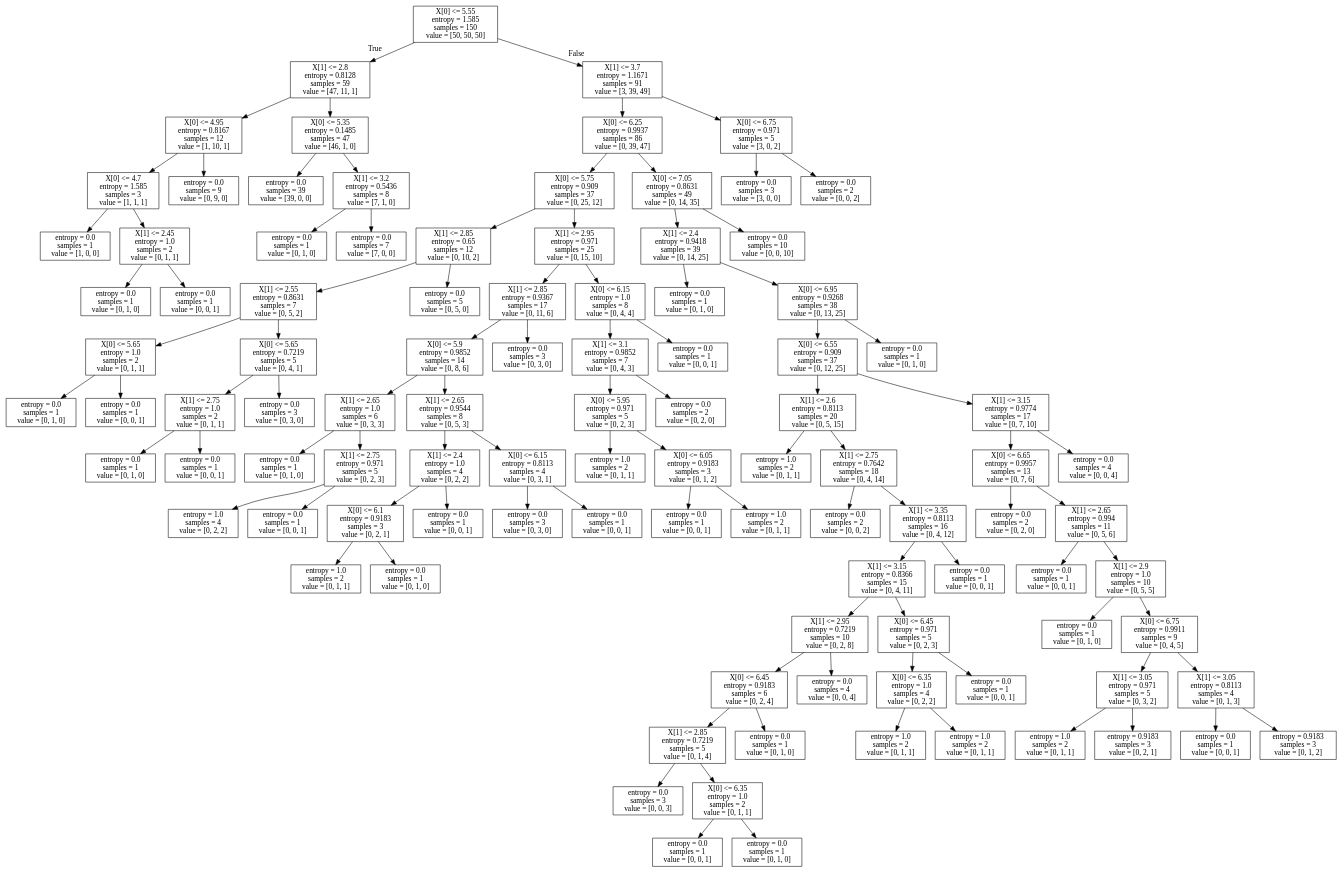
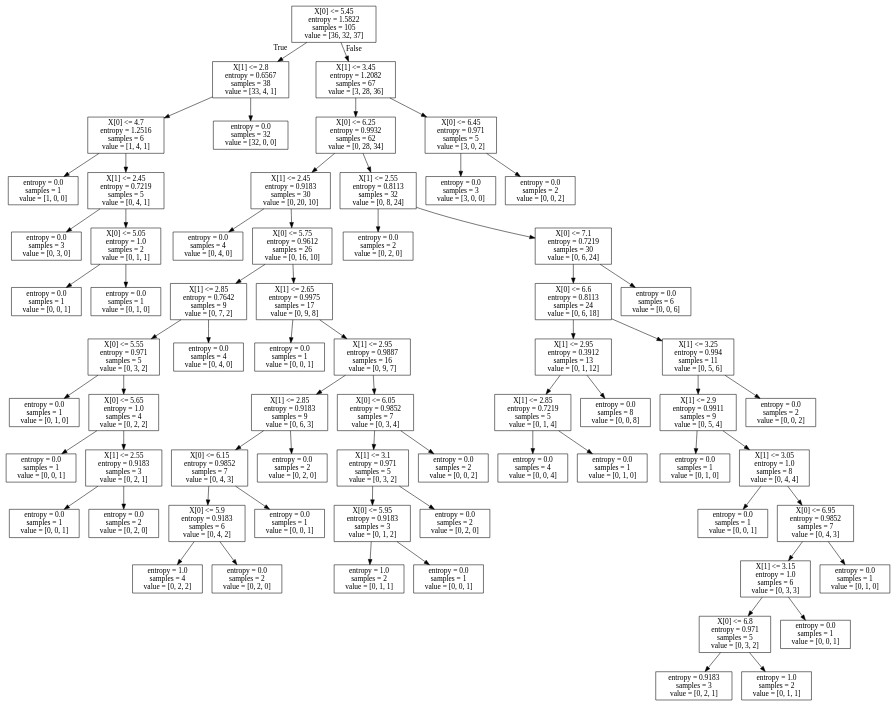
The diagram in src/decisiontree/iris.dot (myboyliu/MachineLearning), drawn with Graphviz before and after one commit. The commit also changed 11 other files, not shown here.

```diff
--- a/src/decisiontree/iris.dot
+++ b/src/decisiontree/iris.dot
@@ -1,204 +1,136 @@
 digraph Tree {
 node [shape=box] ;
-0 [label="X[0] <= 5.55\nentropy = 1.585\nsamples = 150\nvalue = [50, 50, 50]"] ;
-1 [label="X[1] <= 2.8\nentropy = 0.8128\nsamples = 59\nvalue = [47, 11, 1]"] ;
+0 [label="X[0] <= 5.45\nentropy = 1.5822\nsamples = 105\nvalue = [36, 32, 37]"] ;
+1 [label="X[1] <= 2.8\nentropy = 0.6567\nsamples = 38\nvalue = [33, 4, 1]"] ;
 0 -> 1 [labeldistance=2.5, labelangle=45, headlabel="True"] ;
-2 [label="X[0] <= 4.95\nentropy = 0.8167\nsamples = 12\nvalue = [1, 10, 1]"] ;
+2 [label="X[0] <= 4.7\nentropy = 1.2516\nsamples = 6\nvalue = [1, 4, 1]"] ;
 1 -> 2 ;
-3 [label="X[0] <= 4.7\nentropy = 1.585\nsamples = 3\nvalue = [1, 1, 1]"] ;
+3 [label="entropy = 0.0\nsamples = 1\nvalue = [1, 0, 0]"] ;
 2 -> 3 ;
-4 [label="entropy = 0.0\nsamples = 1\nvalue = [1, 0, 0]"] ;
-3 -> 4 ;
-5 [label="X[1] <= 2.45\nentropy = 1.0\nsamples = 2\nvalue = [0, 1, 1]"] ;
-3 -> 5 ;
-6 [label="entropy = 0.0\nsamples = 1\nvalue = [0, 1, 0]"] ;
-5 -> 6 ;
+4 [label="X[1] <= 2.45\nentropy = 0.7219\nsamples = 5\nvalue = [0, 4, 1]"] ;
+2 -> 4 ;
+5 [label="entropy = 0.0\nsamples = 3\nvalue = [0, 3, 0]"] ;
+4 -> 5 ;
+6 [label="X[0] <= 5.05\nentropy = 1.0\nsamples = 2\nvalue = [0, 1, 1]"] ;
+4 -> 6 ;
 7 [label="entropy = 0.0\nsamples = 1\nvalue = [0, 0, 1]"] ;
-5 -> 7 ;
-8 [label="entropy = 0.0\nsamples = 9\nvalue = [0, 9, 0]"] ;
-2 -> 8 ;
-9 [label="X[0] <= 5.35\nentropy = 0.1485\nsamples = 47\nvalue = [46, 1, 0]"] ;
+6 -> 7 ;
+8 [label="entropy = 0.0\nsamples = 1\nvalue = [0, 1, 0]"] ;
+6 -> 8 ;
+9 [label="entropy = 0.0\nsamples = 32\nvalue = [32, 0, 0]"] ;
 1 -> 9 ;
-10 [label="entropy = 0.0\nsamples = 39\nvalue = [39, 0, 0]"] ;
-9 -> 10 ;
-11 [label="X[1] <= 3.2\nentropy = 0.5436\nsamples = 8\nvalue = [7, 1, 0]"] ;
-9 -> 11 ;
-12 [label="entropy = 0.0\nsamples = 1\nvalue = [0, 1, 0]"] ;
+10 [label="X[1] <= 3.45\nentropy = 1.2082\nsamples = 67\nvalue = [3, 28, 36]"] ;
+0 -> 10 [labeldistance=2.5, labelangle=-45, headlabel="False"] ;
+11 [label="X[0] <= 6.25\nentropy = 0.9932\nsamples = 62\nvalue = [0, 28, 34]"] ;
+10 -> 11 ;
+12 [label="X[1] <= 2.45\nentropy = 0.9183\nsamples = 30\nvalue = [0, 20, 10]"] ;
 11 -> 12 ;
-13 [label="entropy = 0.0\nsamples = 7\nvalue = [7, 0, 0]"] ;
-11 -> 13 ;
-14 [label="X[1] <= 3.7\nentropy = 1.1671\nsamples = 91\nvalue = [3, 39, 49]"] ;
-0 -> 14 [labeldistance=2.5, labelangle=-45, headlabel="False"] ;
-15 [label="X[0] <= 6.25\nentropy = 0.9937\nsamples = 86\nvalue = [0, 39, 47]"] ;
+13 [label="entropy = 0.0\nsamples = 4\nvalue = [0, 4, 0]"] ;
+12 -> 13 ;
+14 [label="X[0] <= 5.75\nentropy = 0.9612\nsamples = 26\nvalue = [0, 16, 10]"] ;
+12 -> 14 ;
+15 [label="X[1] <= 2.85\nentropy = 0.7642\nsamples = 9\nvalue = [0, 7, 2]"] ;
 14 -> 15 ;
-16 [label="X[0] <= 5.75\nentropy = 0.909\nsamples = 37\nvalue = [0, 25, 12]"] ;
+16 [label="X[0] <= 5.55\nentropy = 0.971\nsamples = 5\nvalue = [0, 3, 2]"] ;
 15 -> 16 ;
-17 [label="X[1] <= 2.85\nentropy = 0.65\nsamples = 12\nvalue = [0, 10, 2]"] ;
+17 [label="entropy = 0.0\nsamples = 1\nvalue = [0, 1, 0]"] ;
 16 -> 17 ;
-18 [label="X[1] <= 2.55\nentropy = 0.8631\nsamples = 7\nvalue = [0, 5, 2]"] ;
-17 -> 18 ;
-19 [label="X[0] <= 5.65\nentropy = 1.0\nsamples = 2\nvalue = [0, 1, 1]"] ;
+18 [label="X[0] <= 5.65\nentropy = 1.0\nsamples = 4\nvalue = [0, 2, 2]"] ;
+16 -> 18 ;
+19 [label="entropy = 0.0\nsamples = 1\nvalue = [0, 0, 1]"] ;
 18 -> 19 ;
-20 [label="entropy = 0.0\nsamples = 1\nvalue = [0, 1, 0]"] ;
-19 -> 20 ;
+20 [label="X[1] <= 2.55\nentropy = 0.9183\nsamples = 3\nvalue = [0, 2, 1]"] ;
+18 -> 20 ;
 21 [label="entropy = 0.0\nsamples = 1\nvalue = [0, 0, 1]"] ;
-19 -> 21 ;
-22 [label="X[0] <= 5.65\nentropy = 0.7219\nsamples = 5\nvalue = [0, 4, 1]"] ;
-18 -> 22 ;
-23 [label="X[1] <= 2.75\nentropy = 1.0\nsamples = 2\nvalue = [0, 1, 1]"] ;
-22 -> 23 ;
-24 [label="entropy = 0.0\nsamples = 1\nvalue = [0, 1, 0]"] ;
-23 -> 24 ;
+20 -> 21 ;
+22 [label="entropy = 0.0\nsamples = 2\nvalue = [0, 2, 0]"] ;
+20 -> 22 ;
+23 [label="entropy = 0.0\nsamples = 4\nvalue = [0, 4, 0]"] ;
+15 -> 23 ;
+24 [label="X[1] <= 2.65\nentropy = 0.9975\nsamples = 17\nvalue = [0, 9, 8]"] ;
+14 -> 24 ;
 25 [label="entropy = 0.0\nsamples = 1\nvalue = [0, 0, 1]"] ;
-23 -> 25 ;
-26 [label="entropy = 0.0\nsamples = 3\nvalue = [0, 3, 0]"] ;
-22 -> 26 ;
-27 [label="entropy = 0.0\nsamples = 5\nvalue = [0, 5, 0]"] ;
-17 -> 27 ;
-28 [label="X[1] <= 2.95\nentropy = 0.971\nsamples = 25\nvalue = [0, 15, 10]"] ;
-16 -> 28 ;
-29 [label="X[1] <= 2.85\nentropy = 0.9367\nsamples = 17\nvalue = [0, 11, 6]"] ;
+24 -> 25 ;
+26 [label="X[1] <= 2.95\nentropy = 0.9887\nsamples = 16\nvalue = [0, 9, 7]"] ;
+24 -> 26 ;
+27 [label="X[1] <= 2.85\nentropy = 0.9183\nsamples = 9\nvalue = [0, 6, 3]"] ;
+26 -> 27 ;
+28 [label="X[0] <= 6.15\nentropy = 0.9852\nsamples = 7\nvalue = [0, 4, 3]"] ;
+27 -> 28 ;
+29 [label="X[0] <= 5.9\nentropy = 0.9183\nsamples = 6\nvalue = [0, 4, 2]"] ;
 28 -> 29 ;
-30 [label="X[0] <= 5.9\nentropy = 0.9852\nsamples = 14\nvalue = [0, 8, 6]"] ;
+30 [label="entropy = 1.0\nsamples = 4\nvalue = [0, 2, 2]"] ;
 29 -> 30 ;
-31 [label="X[1] <= 2.65\nentropy = 1.0\nsamples = 6\nvalue = [0, 3, 3]"] ;
-30 -> 31 ;
-32 [label="entropy = 0.0\nsamples = 1\nvalue = [0, 1, 0]"] ;
-31 -> 32 ;
-33 [label="X[1] <= 2.75\nentropy = 0.971\nsamples = 5\nvalue = [0, 2, 3]"] ;
-31 -> 33 ;
-34 [label="entropy = 1.0\nsamples = 4\nvalue = [0, 2, 2]"] ;
-33 -> 34 ;
-35 [label="entropy = 0.0\nsamples = 1\nvalue = [0, 0, 1]"] ;
-33 -> 35 ;
-36 [label="X[1] <= 2.65\nentropy = 0.9544\nsamples = 8\nvalue = [0, 5, 3]"] ;
-30 -> 36 ;
-37 [label="X[1] <= 2.4\nentropy = 1.0\nsamples = 4\nvalue = [0, 2, 2]"] ;
+31 [label="entropy = 0.0\nsamples = 2\nvalue = [0, 2, 0]"] ;
+29 -> 31 ;
+32 [label="entropy = 0.0\nsamples = 1\nvalue = [0, 0, 1]"] ;
+28 -> 32 ;
+33 [label="entropy = 0.0\nsamples = 2\nvalue = [0, 2, 0]"] ;
+27 -> 33 ;
+34 [label="X[0] <= 6.05\nentropy = 0.9852\nsamples = 7\nvalue = [0, 3, 4]"] ;
+26 -> 34 ;
+35 [label="X[1] <= 3.1\nentropy = 0.971\nsamples = 5\nvalue = [0, 3, 2]"] ;
+34 -> 35 ;
+36 [label="X[0] <= 5.95\nentropy = 0.9183\nsamples = 3\nvalue = [0, 1, 2]"] ;
+35 -> 36 ;
+37 [label="entropy = 1.0\nsamples = 2\nvalue = [0, 1, 1]"] ;
 36 -> 37 ;
-38 [label="X[0] <= 6.1\nentropy = 0.9183\nsamples = 3\nvalue = [0, 2, 1]"] ;
-37 -> 38 ;
-39 [label="entropy = 1.0\nsamples = 2\nvalue = [0, 1, 1]"] ;
-38 -> 39 ;
-40 [label="entropy = 0.0\nsamples = 1\nvalue = [0, 1, 0]"] ;
-38 -> 40 ;
-41 [label="entropy = 0.0\nsamples = 1\nvalue = [0, 0, 1]"] ;
-37 -> 41 ;
-42 [label="X[0] <= 6.15\nentropy = 0.8113\nsamples = 4\nvalue = [0, 3, 1]"] ;
-36 -> 42 ;
-43 [label="entropy = 0.0\nsamples = 3\nvalue = [0, 3, 0]"] ;
-42 -> 43 ;
-44 [label="entropy = 0.0\nsamples = 1\nvalue = [0, 0, 1]"] ;
-42 -> 44 ;
-45 [label="entropy = 0.0\nsamples = 3\nvalue = [0, 3, 0]"] ;
-29 -> 45 ;
-46 [label="X[0] <= 6.15\nentropy = 1.0\nsamples = 8\nvalue = [0, 4, 4]"] ;
-28 -> 46 ;
-47 [label="X[1] <= 3.1\nentropy = 0.9852\nsamples = 7\nvalue = [0, 4, 3]"] ;
+38 [label="entropy = 0.0\nsamples = 1\nvalue = [0, 0, 1]"] ;
+36 -> 38 ;
+39 [label="entropy = 0.0\nsamples = 2\nvalue = [0, 2, 0]"] ;
+35 -> 39 ;
+40 [label="entropy = 0.0\nsamples = 2\nvalue = [0, 0, 2]"] ;
+34 -> 40 ;
+41 [label="X[1] <= 2.55\nentropy = 0.8113\nsamples = 32\nvalue = [0, 8, 24]"] ;
+11 -> 41 ;
+42 [label="entropy = 0.0\nsamples = 2\nvalue = [0, 2, 0]"] ;
+41 -> 42 ;
+43 [label="X[0] <= 7.1\nentropy = 0.7219\nsamples = 30\nvalue = [0, 6, 24]"] ;
+41 -> 43 ;
+44 [label="X[0] <= 6.6\nentropy = 0.8113\nsamples = 24\nvalue = [0, 6, 18]"] ;
+43 -> 44 ;
+45 [label="X[1] <= 2.95\nentropy = 0.3912\nsamples = 13\nvalue = [0, 1, 12]"] ;
+44 -> 45 ;
+46 [label="X[1] <= 2.85\nentropy = 0.7219\nsamples = 5\nvalue = [0, 1, 4]"] ;
+45 -> 46 ;
+47 [label="entropy = 0.0\nsamples = 4\nvalue = [0, 0, 4]"] ;
 46 -> 47 ;
-48 [label="X[0] <= 5.95\nentropy = 0.971\nsamples = 5\nvalue = [0, 2, 3]"] ;
-47 -> 48 ;
-49 [label="entropy = 1.0\nsamples = 2\nvalue = [0, 1, 1]"] ;
-48 -> 49 ;
-50 [label="X[0] <= 6.05\nentropy = 0.9183\nsamples = 3\nvalue = [0, 1, 2]"] ;
-48 -> 50 ;
-51 [label="entropy = 0.0\nsamples = 1\nvalue = [0, 0, 1]"] ;
+48 [label="entropy = 0.0\nsamples = 1\nvalue = [0, 1, 0]"] ;
+46 -> 48 ;
+49 [label="entropy = 0.0\nsamples = 8\nvalue = [0, 0, 8]"] ;
+45 -> 49 ;
+50 [label="X[1] <= 3.25\nentropy = 0.994\nsamples = 11\nvalue = [0, 5, 6]"] ;
+44 -> 50 ;
+51 [label="X[1] <= 2.9\nentropy = 0.9911\nsamples = 9\nvalue = [0, 5, 4]"] ;
 50 -> 51 ;
-52 [label="entropy = 1.0\nsamples = 2\nvalue = [0, 1, 1]"] ;
-50 -> 52 ;
-53 [label="entropy = 0.0\nsamples = 2\nvalue = [0, 2, 0]"] ;
-47 -> 53 ;
+52 [label="entropy = 0.0\nsamples = 1\nvalue = [0, 1, 0]"] ;
+51 -> 52 ;
+53 [label="X[1] <= 3.05\nentropy = 1.0\nsamples = 8\nvalue = [0, 4, 4]"] ;
+51 -> 53 ;
 54 [label="entropy = 0.0\nsamples = 1\nvalue = [0, 0, 1]"] ;
-46 -> 54 ;
-55 [label="X[0] <= 7.05\nentropy = 0.8631\nsamples = 49\nvalue = [0, 14, 35]"] ;
-15 -> 55 ;
-56 [label="X[1] <= 2.4\nentropy = 0.9418\nsamples = 39\nvalue = [0, 14, 25]"] ;
+53 -> 54 ;
+55 [label="X[0] <= 6.95\nentropy = 0.9852\nsamples = 7\nvalue = [0, 4, 3]"] ;
+53 -> 55 ;
+56 [label="X[1] <= 3.15\nentropy = 1.0\nsamples = 6\nvalue = [0, 3, 3]"] ;
 55 -> 56 ;
-57 [label="entropy = 0.0\nsamples = 1\nvalue = [0, 1, 0]"] ;
+57 [label="X[0] <= 6.8\nentropy = 0.971\nsamples = 5\nvalue = [0, 3, 2]"] ;
 56 -> 57 ;
-58 [label="X[0] <= 6.95\nentropy = 0.9268\nsamples = 38\nvalue = [0, 13, 25]"] ;
-56 -> 58 ;
-59 [label="X[0] <= 6.55\nentropy = 0.909\nsamples = 37\nvalue = [0, 12, 25]"] ;
-58 -> 59 ;
-60 [label="X[1] <= 2.6\nentropy = 0.8113\nsamples = 20\nvalue = [0, 5, 15]"] ;
-59 -> 60 ;
-61 [label="entropy = 1.0\nsamples = 2\nvalue = [0, 1, 1]"] ;
-60 -> 61 ;
-62 [label="X[1] <= 2.75\nentropy = 0.7642\nsamples = 18\nvalue = [0, 4, 14]"] ;
-60 -> 62 ;
-63 [label="entropy = 0.0\nsamples = 2\nvalue = [0, 0, 2]"] ;
-62 -> 63 ;
-64 [label="X[1] <= 3.35\nentropy = 0.8113\nsamples = 16\nvalue = [0, 4, 12]"] ;
-62 -> 64 ;
-65 [label="X[1] <= 3.15\nentropy = 0.8366\nsamples = 15\nvalue = [0, 4, 11]"] ;
+58 [label="entropy = 0.9183\nsamples = 3\nvalue = [0, 2, 1]"] ;
+57 -> 58 ;
+59 [label="entropy = 1.0\nsamples = 2\nvalue = [0, 1, 1]"] ;
+57 -> 59 ;
+60 [label="entropy = 0.0\nsamples = 1\nvalue = [0, 0, 1]"] ;
+56 -> 60 ;
+61 [label="entropy = 0.0\nsamples = 1\nvalue = [0, 1, 0]"] ;
+55 -> 61 ;
+62 [label="entropy = 0.0\nsamples = 2\nvalue = [0, 0, 2]"] ;
+50 -> 62 ;
+63 [label="entropy = 0.0\nsamples = 6\nvalue = [0, 0, 6]"] ;
+43 -> 63 ;
+64 [label="X[0] <= 6.45\nentropy = 0.971\nsamples = 5\nvalue = [3, 0, 2]"] ;
+10 -> 64 ;
+65 [label="entropy = 0.0\nsamples = 3\nvalue = [3, 0, 0]"] ;
 64 -> 65 ;
-66 [label="X[1] <= 2.95\nentropy = 0.7219\nsamples = 10\nvalue = [0, 2, 8]"] ;
-65 -> 66 ;
-67 [label="X[0] <= 6.45\nentropy = 0.9183\nsamples = 6\nvalue = [0, 2, 4]"] ;
-66 -> 67 ;
-68 [label="X[1] <= 2.85\nentropy = 0.7219\nsamples = 5\nvalue = [0, 1, 4]"] ;
-67 -> 68 ;
-69 [label="entropy = 0.0\nsamples = 3\nvalue = [0, 0, 3]"] ;
-68 -> 69 ;
-70 [label="X[0] <= 6.35\nentropy = 1.0\nsamples = 2\nvalue = [0, 1, 1]"] ;
-68 -> 70 ;
-71 [label="entropy = 0.0\nsamples = 1\nvalue = [0, 0, 1]"] ;
-70 -> 71 ;
-72 [label="entropy = 0.0\nsamples = 1\nvalue = [0, 1, 0]"] ;
-70 -> 72 ;
-73 [label="entropy = 0.0\nsamples = 1\nvalue = [0, 1, 0]"] ;
-67 -> 73 ;
-74 [label="entropy = 0.0\nsamples = 4\nvalue = [0, 0, 4]"] ;
-66 -> 74 ;
-75 [label="X[0] <= 6.45\nentropy = 0.971\nsamples = 5\nvalue = [0, 2, 3]"] ;
-65 -> 75 ;
-76 [label="X[0] <= 6.35\nentropy = 1.0\nsamples = 4\nvalue = [0, 2, 2]"] ;
-75 -> 76 ;
-77 [label="entropy = 1.0\nsamples = 2\nvalue = [0, 1, 1]"] ;
-76 -> 77 ;
-78 [label="entropy = 1.0\nsamples = 2\nvalue = [0, 1, 1]"] ;
-76 -> 78 ;
-79 [label="entropy = 0.0\nsamples = 1\nvalue = [0, 0, 1]"] ;
-75 -> 79 ;
-80 [label="entropy = 0.0\nsamples = 1\nvalue = [0, 0, 1]"] ;
-64 -> 80 ;
-81 [label="X[1] <= 3.15\nentropy = 0.9774\nsamples = 17\nvalue = [0, 7, 10]"] ;
-59 -> 81 ;
-82 [label="X[0] <= 6.65\nentropy = 0.9957\nsamples = 13\nvalue = [0, 7, 6]"] ;
-81 -> 82 ;
-83 [label="entropy = 0.0\nsamples = 2\nvalue = [0, 2, 0]"] ;
-82 -> 83 ;
-84 [label="X[1] <= 2.65\nentropy = 0.994\nsamples = 11\nvalue = [0, 5, 6]"] ;
-82 -> 84 ;
-85 [label="entropy = 0.0\nsamples = 1\nvalue = [0, 0, 1]"] ;
-84 -> 85 ;
-86 [label="X[1] <= 2.9\nentropy = 1.0\nsamples = 10\nvalue = [0, 5, 5]"] ;
-84 -> 86 ;
-87 [label="entropy = 0.0\nsamples = 1\nvalue = [0, 1, 0]"] ;
-86 -> 87 ;
-88 [label="X[0] <= 6.75\nentropy = 0.9911\nsamples = 9\nvalue = [0, 4, 5]"] ;
-86 -> 88 ;
-89 [label="X[1] <= 3.05\nentropy = 0.971\nsamples = 5\nvalue = [0, 3, 2]"] ;
-88 -> 89 ;
-90 [label="entropy = 1.0\nsamples = 2\nvalue = [0, 1, 1]"] ;
-89 -> 90 ;
-91 [label="entropy = 0.9183\nsamples = 3\nvalue = [0, 2, 1]"] ;
-89 -> 91 ;
-92 [label="X[1] <= 3.05\nentropy = 0.8113\nsamples = 4\nvalue = [0, 1, 3]"] ;
-88 -> 92 ;
-93 [label="entropy = 0.0\nsamples = 1\nvalue = [0, 0, 1]"] ;
-92 -> 93 ;
-94 [label="entropy = 0.9183\nsamples = 3\nvalue = [0, 1, 2]"] ;
-92 -> 94 ;
-95 [label="entropy = 0.0\nsamples = 4\nvalue = [0, 0, 4]"] ;
-81 -> 95 ;
-96 [label="entropy = 0.0\nsamples = 1\nvalue = [0, 1, 0]"] ;
-58 -> 96 ;
-97 [label="entropy = 0.0\nsamples = 10\nvalue = [0, 0, 10]"] ;
-55 -> 97 ;
-98 [label="X[0] <= 6.75\nentropy = 0.971\nsamples = 5\nvalue = [3, 0, 2]"] ;
-14 -> 98 ;
-99 [label="entropy = 0.0\nsamples = 3\nvalue = [3, 0, 0]"] ;
-98 -> 99 ;
-100 [label="entropy = 0.0\nsamples = 2\nvalue = [0, 0, 2]"] ;
-98 -> 100 ;
+66 [label="entropy = 0.0\nsamples = 2\nvalue = [0, 0, 2]"] ;
+64 -> 66 ;
 }
```
